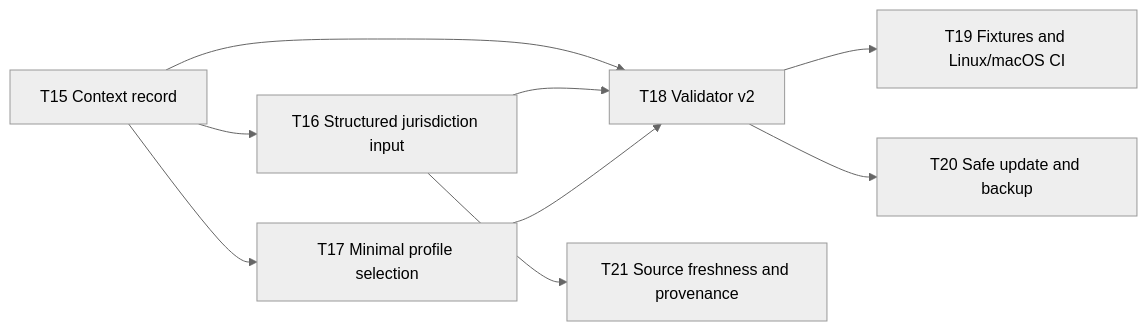
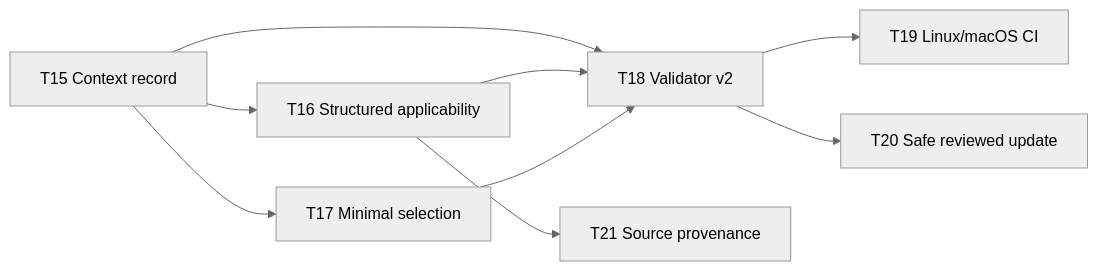
The diagram in skills/local/development-spec-suite/references/implementation-tasks.md (ongkipro/dotfiles), drawn with Mermaid (neutral theme) before and after one commit. The commit also changed other lines of this file and 12 other files, not shown here.

````diff
--- a/skills/local/development-spec-suite/references/implementation-tasks.md
+++ b/skills/local/development-spec-suite/references/implementation-tasks.md
@@ -17,11 +63,11 @@
 ```mermaid
 flowchart LR
-    T15[T15 Context record] --> T16[T16 Structured jurisdiction input]
-    T15 --> T17[T17 Minimal profile selection]
+    T15[T15 Context record] --> T16[T16 Structured applicability]
+    T15 --> T17[T17 Minimal selection]
     T15 --> T18[T18 Validator v2]
     T16 --> T18
     T17 --> T18
-    T18 --> T19[T19 Fixtures and Linux/macOS CI]
-    T18 --> T20[T20 Safe update and backup]
-    T16 --> T21[T21 Source freshness and provenance]
+    T18 --> T19[T19 Linux/macOS CI]
+    T18 --> T20[T20 Safe reviewed update]
+    T16 --> T21[T21 Source provenance]
 ```
````
